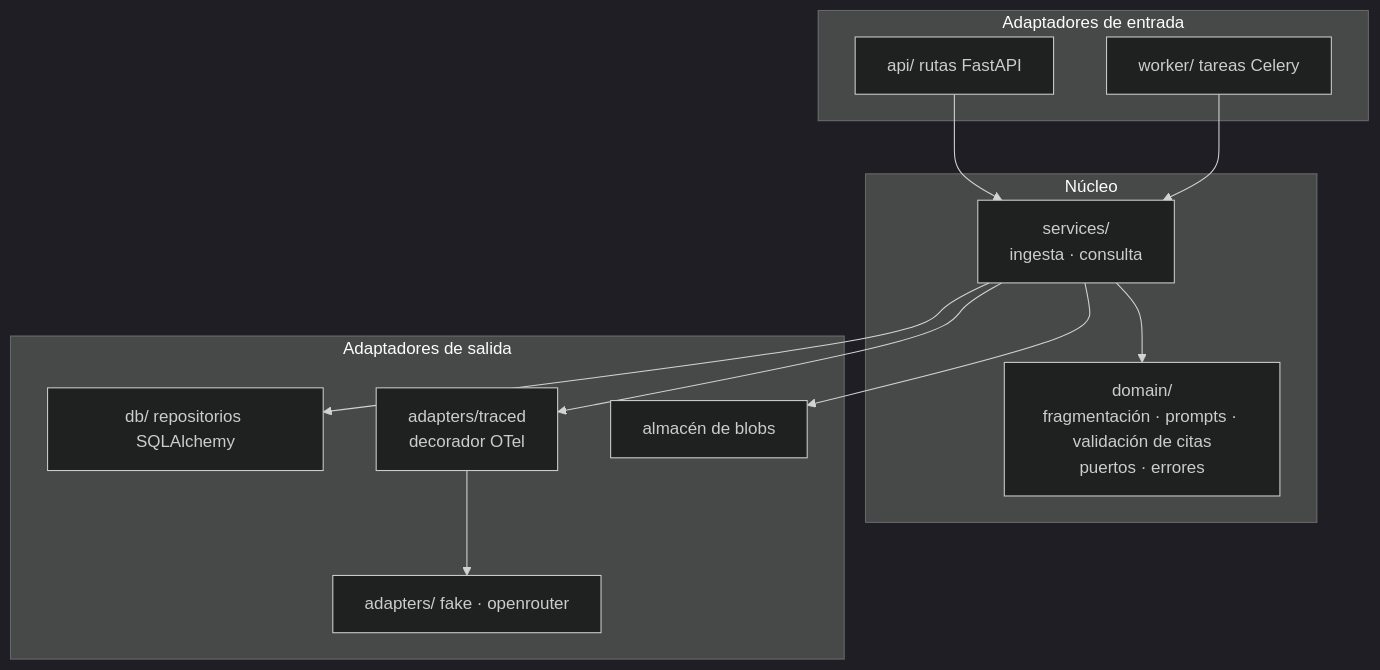
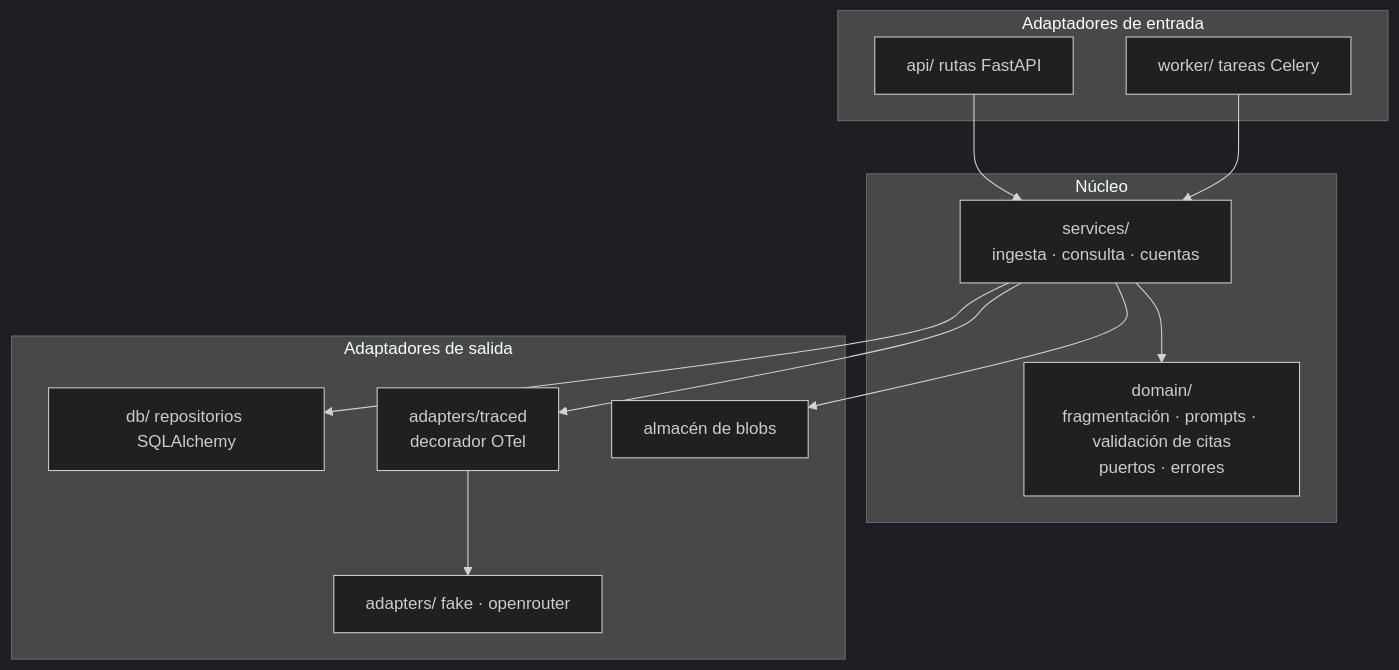
Before and after one commit to alayoalex/NorteLegalRAG: the second of 7 diagrams in docs/architecture.md, drawn with Mermaid (dark theme). The commit also changed other lines of this file and 39 other files, not shown here.

````diff
--- a/docs/architecture.md
+++ b/docs/architecture.md
@@ -33,23 +33,23 @@
 ```mermaid
 flowchart TB
     subgraph entrada [Adaptadores de entrada]
         routes[api/ rutas FastAPI]
         tasks[worker/ tareas Celery]
     end
     subgraph nucleo [Núcleo]
-        services[services/<br/>ingesta · consulta]
+        services[services/<br/>ingesta · consulta · cuentas]
         domain[domain/<br/>fragmentación · prompts · validación de citas<br/>puertos · errores]
     end
     subgraph salida [Adaptadores de salida]
         repo[db/ repositorios SQLAlchemy]
         prov[adapters/ fake · openrouter]
         traced[adapters/traced<br/>decorador OTel]
         store[almacén de blobs]
     end
     routes --> services
     tasks --> services
     services --> domain
     services --> repo
     services --> traced --> prov
     services --> store
 ```
````
